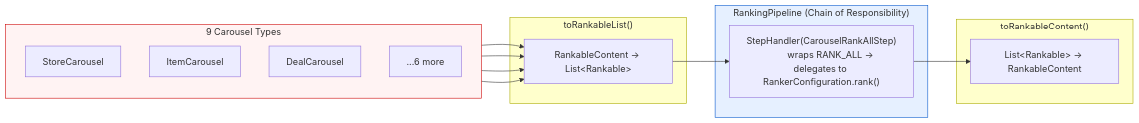
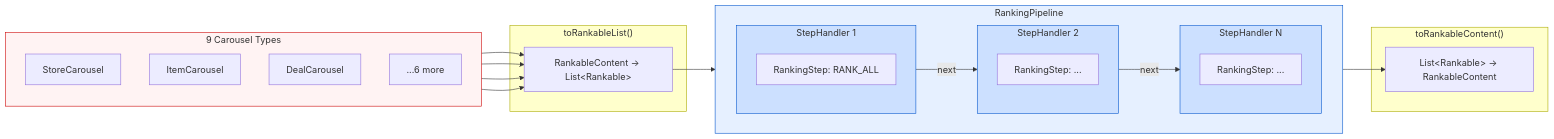
The first of 2 diagrams in unified-blending-platform/spec/rfc-abstraction-layer.md (daniel-fonyo/dd-brain), drawn with Mermaid before and after one commit. The commit also changed other lines of this file, not shown here.

````diff
--- a/unified-blending-platform/spec/rfc-abstraction-layer.md
+++ b/unified-blending-platform/spec/rfc-abstraction-layer.md
@@ -109,37 +113,49 @@
 ```mermaid
 flowchart LR
     subgraph sources["9 Carousel Types"]
         direction TB
         T1["StoreCarousel"]
         T2["ItemCarousel"]
         T3["DealCarousel"]
         T4["...6 more"]
     end
 
     subgraph convert["toRankableList()"]
         A["RankableContent → List&lt;Rankable&gt;"]
     end
 
     T1 --> A
     T2 --> A
     T3 --> A
     T4 --> A
 
-    subgraph pipeline["RankingPipeline (Chain of Responsibility)"]
-        ENG["StepHandler(CarouselRankAllStep)
-        wraps RANK_ALL → delegates to RankerConfiguration.rank()"]
+    subgraph pipeline["RankingPipeline"]
+        direction LR
+        subgraph handler1["StepHandler 1"]
+            S1["RankingStep: RANK_ALL"]
+        end
+        subgraph handler2["StepHandler 2"]
+            S2["RankingStep: ..."]
+        end
+        subgraph handlerN["StepHandler N"]
+            SN["RankingStep: ..."]
+        end
+        handler1 -- "next" --> handler2
+        handler2 -- "next" --> handlerN
     end
 
-    A --> ENG
+    A --> handler1
+    handlerN --> WB
 
     subgraph writeback["toRankableContent()"]
         WB["List&lt;Rankable&gt; → RankableContent"]
     end
 
-    ENG --> WB
-
     style sources fill:#fff3f3,stroke:#cc0000
     style convert fill:#ffffcc,stroke:#aaaa00
     style pipeline fill:#e6f0ff,stroke:#0055cc
+    style handler1 fill:#cce0ff,stroke:#0055cc
+    style handler2 fill:#cce0ff,stroke:#0055cc
+    style handlerN fill:#cce0ff,stroke:#0055cc
     style writeback fill:#ffffcc,stroke:#aaaa00
 ```
````
